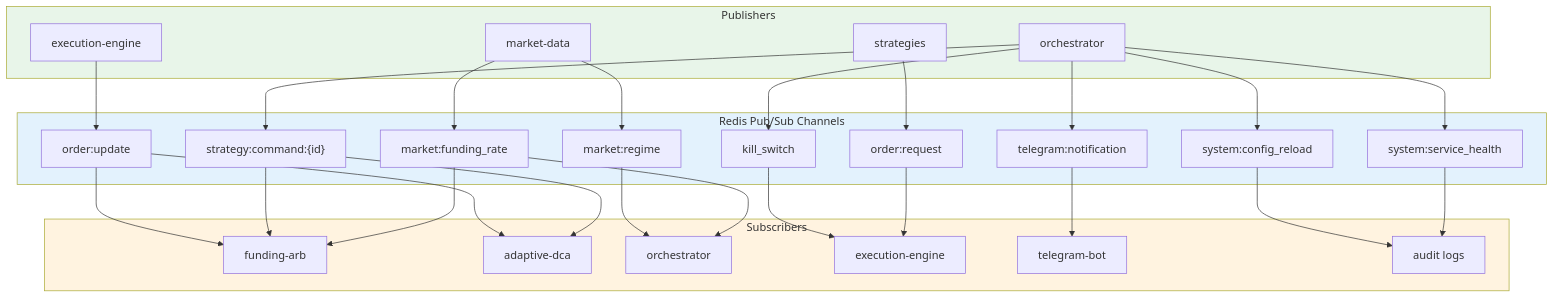
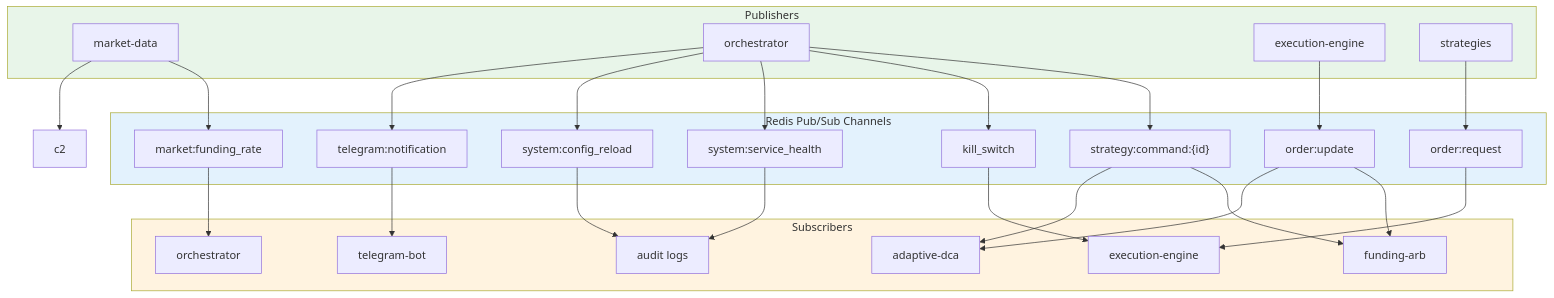
One commit to Justant-source/Bit-Mania changed the first of 3 diagrams in docs/architecture/system-overview.md. Above: the diagram before and after it, drawn with Mermaid. The commit also changed other lines of this file and 37 other files, not shown here.

````diff
--- a/docs/architecture/system-overview.md
+++ b/docs/architecture/system-overview.md
@@ -105,57 +105,54 @@
 ```mermaid
 graph TB
     subgraph pub["Publishers"]
         md["market-data"]
         orch["orchestrator"]
         exec["execution-engine"]
         strat["strategies"]
     end
     
     subgraph channels["Redis Pub/Sub Channels"]
         c1["market:funding_rate"]
-        c2["market:regime"]
         c3["strategy:command:{id}"]
         c4["order:request"]
         c5["order:update"]
         c6["kill_switch"]
         c7["system:service_health"]
         c8["system:config_reload"]
         c9["telegram:notification"]
     end
     
     subgraph sub["Subscribers"]
         fa["funding-arb"]
         dca["adaptive-dca"]
         o2["orchestrator"]
         exec2["execution-engine"]
         tg["telegram-bot"]
         audit["audit logs"]
     end
     
     md --> c1
     md --> c2
     orch --> c3
     strat --> c4
     exec --> c5
     orch --> c6
     orch --> c7
     orch --> c8
     orch --> c9
     
-    c1 --> fa
     c1 --> o2
-    c2 --> o2
     c3 --> fa
     c3 --> dca
     c4 --> exec2
     c5 --> fa
     c5 --> dca
     c6 --> exec2
     c7 --> audit
     c8 --> audit
     c9 --> tg
     
     style pub fill:#E8F5E9
     style channels fill:#E3F2FD
     style sub fill:#FFF3E0
 ```
````
